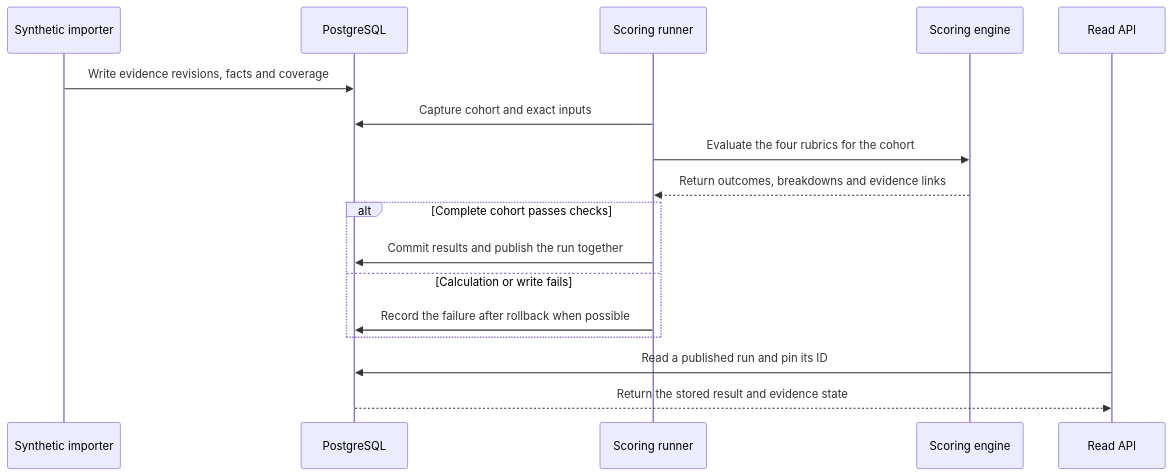
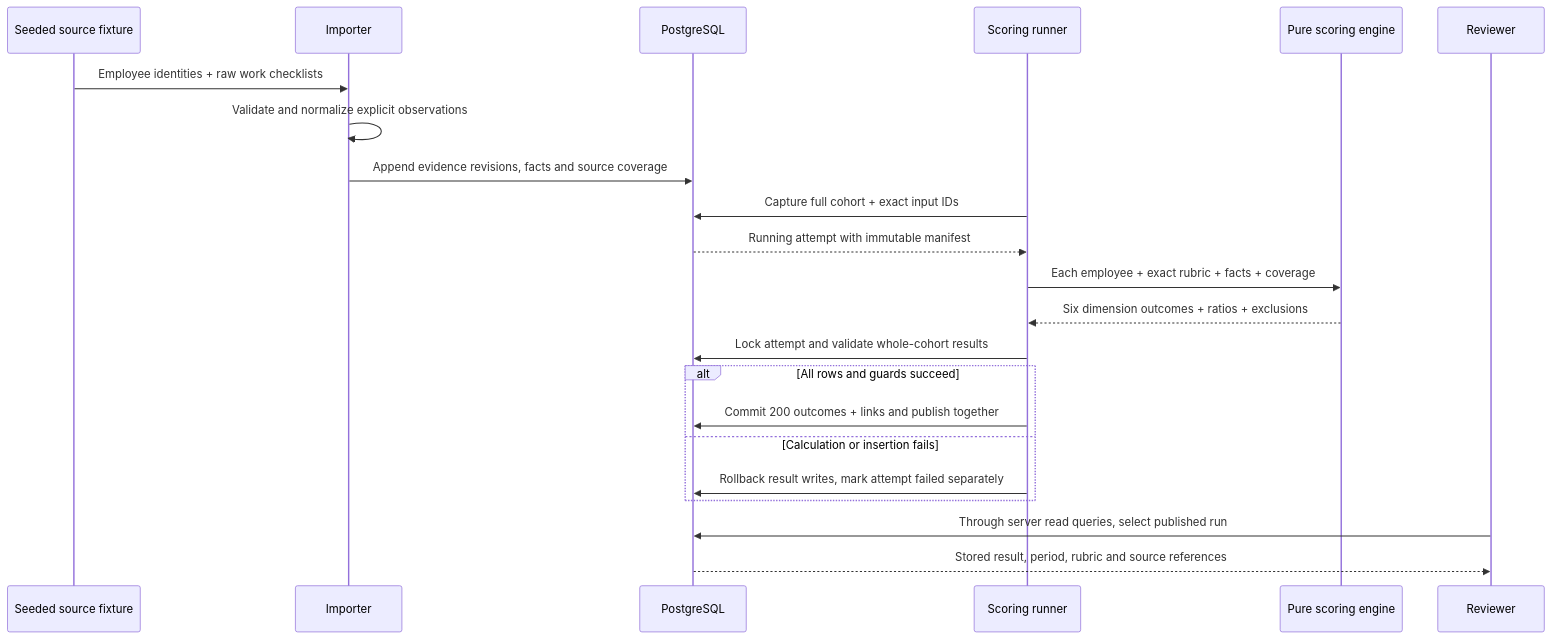
One commit to pdumpy/Contriq changed the diagram in docs/FLOW.md. Above: the diagram before and after it, drawn with Mermaid. The commit also changed other lines of this file and 78 other files, not shown here.

````diff
--- a/docs/FLOW.md
+++ b/docs/FLOW.md
@@ -5,19 +5,24 @@
 ```mermaid
 sequenceDiagram
-    participant I as Synthetic importer
+    participant F as Seeded source fixture
+    participant I as Importer
     participant D as PostgreSQL
     participant R as Scoring runner
-    participant E as Scoring engine
-    participant A as Read API
-    I->>D: Write evidence revisions, facts and coverage
-    R->>D: Capture cohort and exact inputs
-    R->>E: Evaluate the four rubrics for the cohort
-    E-->>R: Return outcomes, breakdowns and evidence links
-    alt Complete cohort passes checks
-        R->>D: Commit results and publish the run together
-    else Calculation or write fails
-        R->>D: Record the failure after rollback when possible
+    participant E as Pure scoring engine
+    participant U as Reviewer
+    F->>I: Employee identities + raw work checklists
+    I->>I: Validate and normalize explicit observations
+    I->>D: Append evidence revisions, facts and source coverage
+    R->>D: Capture full cohort + exact input IDs
+    D-->>R: Running attempt with immutable manifest
+    R->>E: Each employee + exact rubric + facts + coverage
+    E-->>R: Six dimension outcomes + ratios + exclusions
+    R->>D: Lock attempt and validate whole-cohort results
+    alt All rows and guards succeed
+        R->>D: Commit 200 outcomes + links and publish together
+    else Calculation or insertion fails
+        R->>D: Rollback result writes, mark attempt failed separately
     end
-    A->>D: Read a published run and pin its ID
-    D-->>A: Return the stored result and evidence state
+    U->>D: Through server read queries, select published run
+    D-->>U: Stored result, period, rubric and source references
 ```
````
